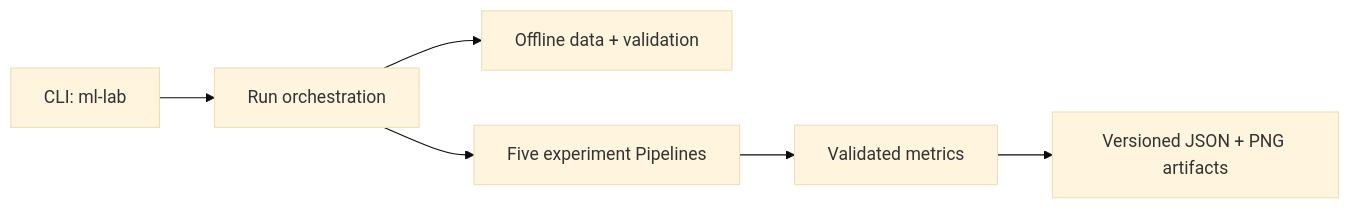
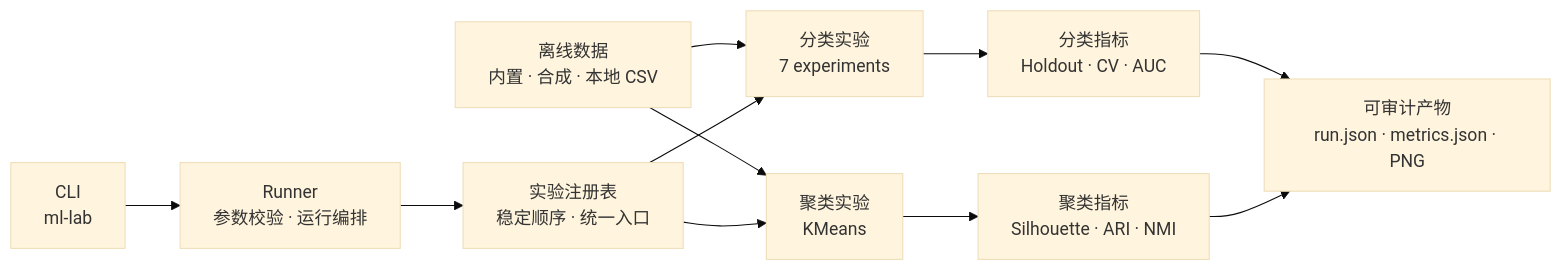
Before and after one commit to silasxlx/classical-ml-lab: the diagram in README.md, drawn with Mermaid (base theme). The commit also changed other lines of this file and 26 other files, not shown here.

Commit message:
feat: add knn naive bayes and kmeans experiments

````diff
--- a/README.md
+++ b/README.md
@@ -79,8 +88,17 @@
 ```mermaid
 flowchart LR
-    CLI["CLI: ml-lab"] --> Runner["Run orchestration"]
-    Runner --> Data["Offline data + validation"]
-    Runner --> Experiments["Five experiment Pipelines"]
-    Experiments --> Metrics["Validated metrics"]
-    Metrics --> Artifacts["Versioned JSON + PNG artifacts"]
+    CLI["CLI<br/>ml-lab"] --> Runner["Runner<br/>参数校验 · 运行编排"]
+    Runner --> Registry["实验注册表<br/>稳定顺序 · 统一入口"]
+
+    Data["离线数据<br/>内置 · 合成 · 本地 CSV"] --> Classification
+    Data --> Clustering
+
+    Registry --> Classification["分类实验<br/>7 experiments"]
+    Registry --> Clustering["聚类实验<br/>KMeans"]
+
+    Classification --> ClassificationMetrics["分类指标<br/>Holdout · CV · AUC"]
+    Clustering --> ClusteringMetrics["聚类指标<br/>Silhouette · ARI · NMI"]
+
+    ClassificationMetrics --> Artifacts["可审计产物<br/>run.json · metrics.json · PNG"]
+    ClusteringMetrics --> Artifacts
 ```
````
